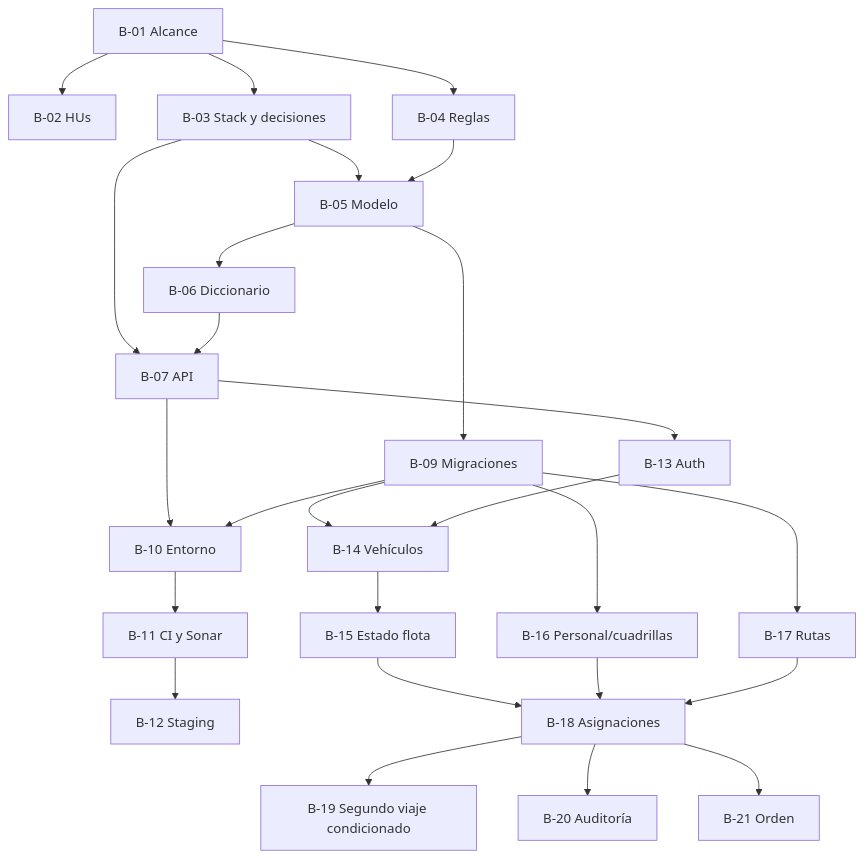
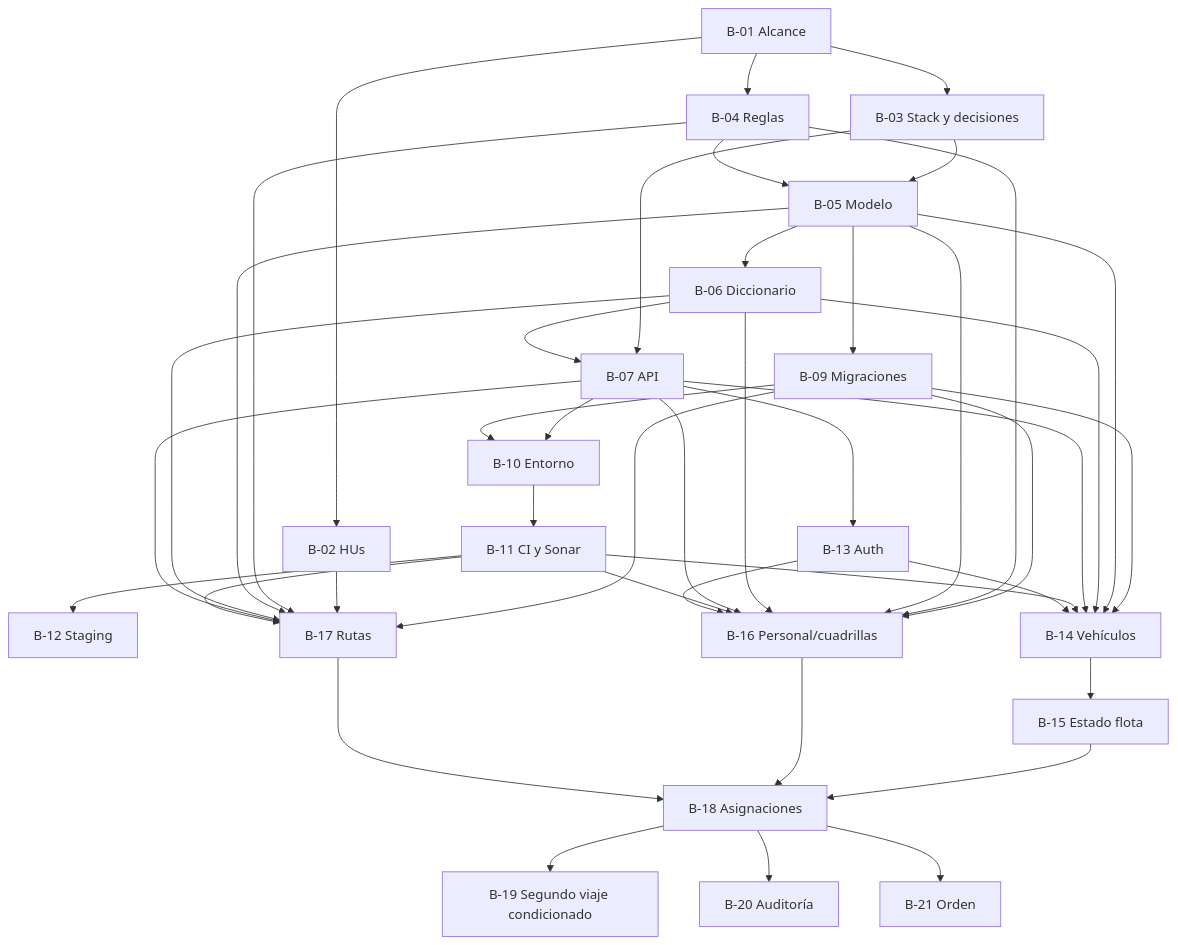
One commit to Univalle-P-I/VINTRA changed the diagram in docs/BACKEND_TASKS.md. Above: the diagram before and after it, drawn with Mermaid.

Commit message:
docs: alinear diagrama de dependencias

````diff
--- a/docs/BACKEND_TASKS.md
+++ b/docs/BACKEND_TASKS.md
@@ -75,28 +75,44 @@
 ```mermaid
 flowchart TD
   B01[B-01 Alcance] --> B02[B-02 HUs]
   B01 --> B03[B-03 Stack y decisiones]
   B01 --> B04[B-04 Reglas]
   B03 --> B05[B-05 Modelo]
   B04 --> B05
   B05 --> B06[B-06 Diccionario]
   B03 --> B07[B-07 API]
   B06 --> B07
   B05 --> B09[B-09 Migraciones]
   B07 --> B10[B-10 Entorno]
   B09 --> B10
   B10 --> B11[B-11 CI y Sonar]
   B11 --> B12[B-12 Staging]
   B07 --> B13[B-13 Auth]
   B09 --> B14[B-14 Vehículos]
+  B05 --> B14
+  B06 --> B14
+  B07 --> B14
+  B11 --> B14
   B13 --> B14
   B14 --> B15[B-15 Estado flota]
   B09 --> B16[B-16 Personal/cuadrillas]
+  B04 --> B16
+  B05 --> B16
+  B06 --> B16
+  B07 --> B16
+  B11 --> B16
+  B13 --> B16
   B09 --> B17[B-17 Rutas]
+  B02 --> B17
+  B04 --> B17
+  B05 --> B17
+  B06 --> B17
+  B07 --> B17
+  B11 --> B17
   B15 --> B18[B-18 Asignaciones]
   B16 --> B18
   B17 --> B18
   B18 --> B19[B-19 Segundo viaje condicionado]
   B18 --> B20[B-20 Auditoría]
   B18 --> B21[B-21 Orden]
 ```
````
